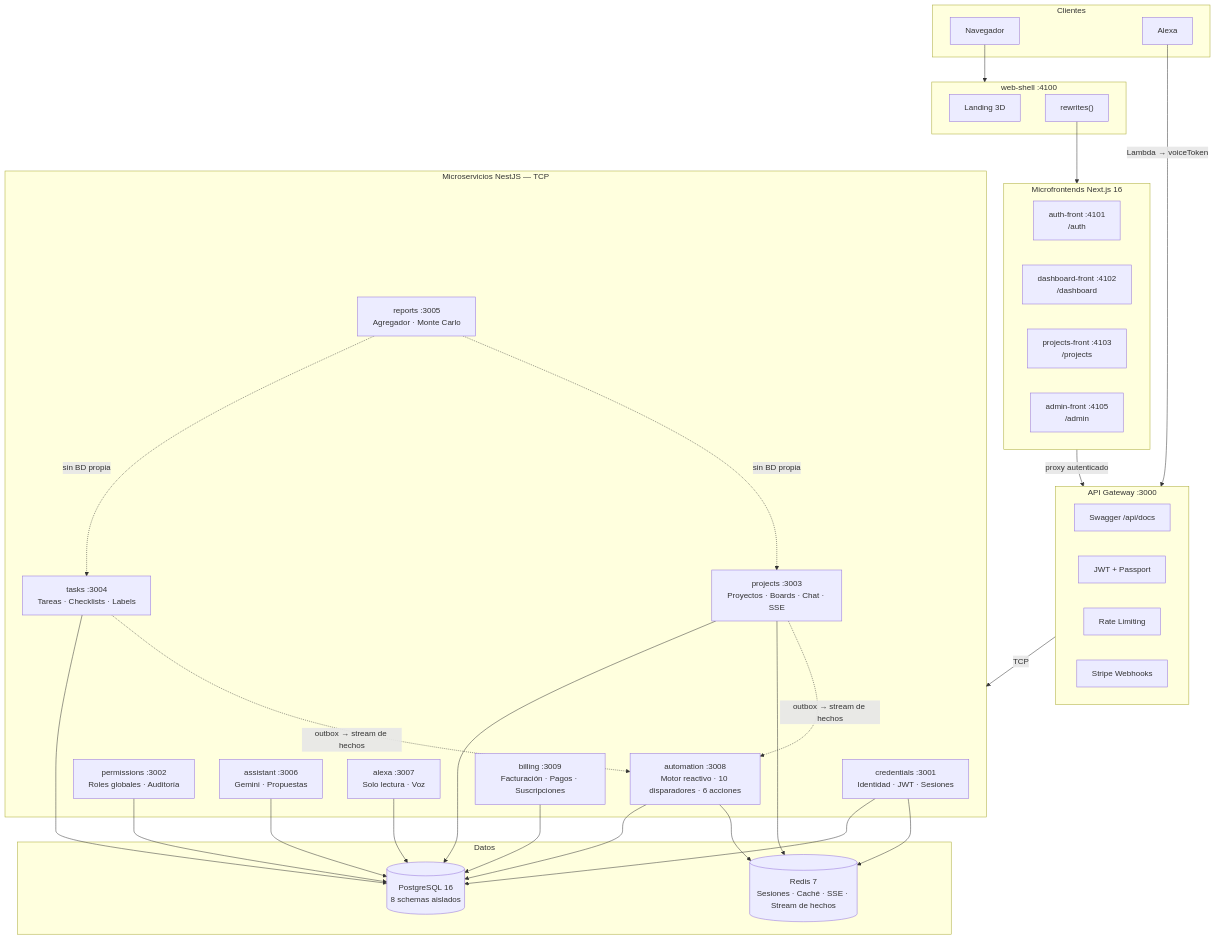
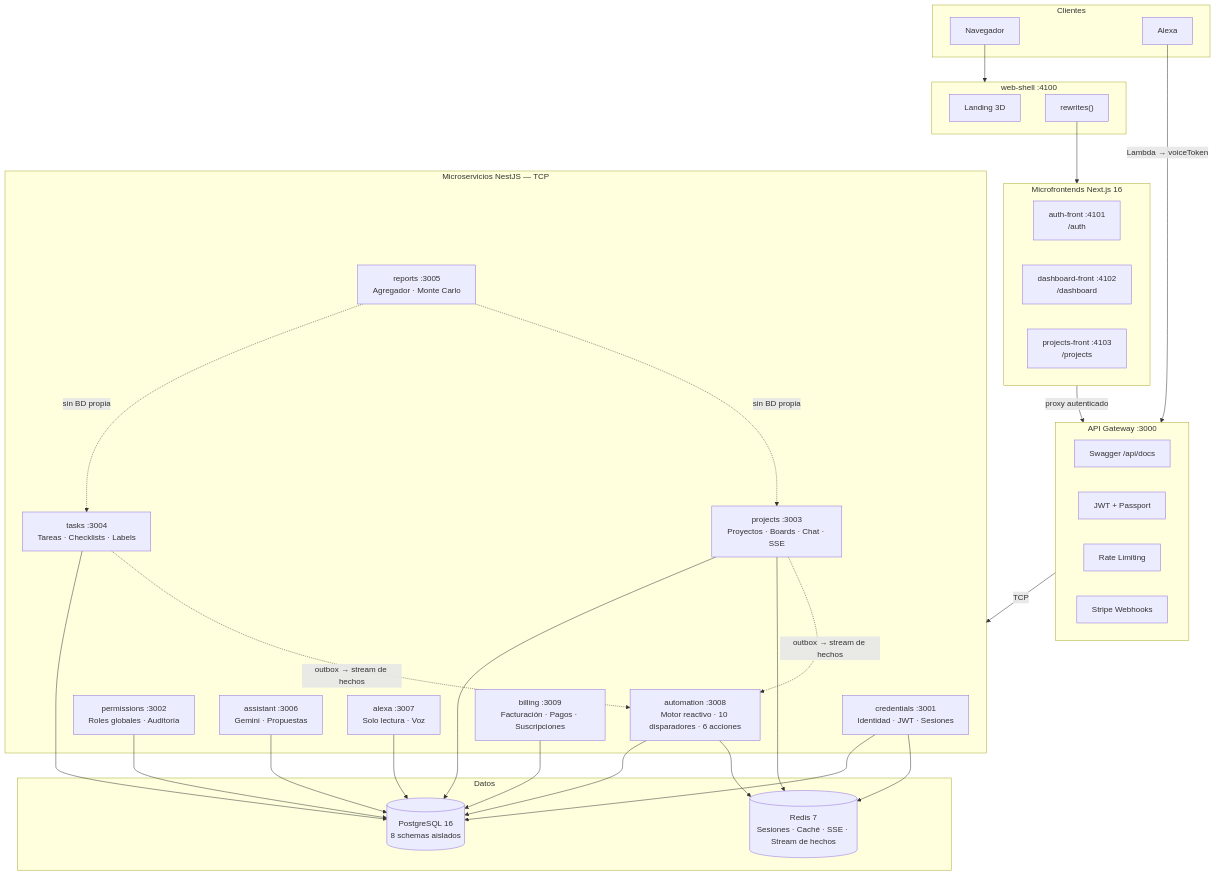
One commit to Ander-tsx/PRAXIS changed the diagram in README.md. Above: the diagram before and after it, drawn with Mermaid. The commit also changed other lines of this file and 51 other files, not shown here.

````diff
--- a/README.md
+++ b/README.md
@@ -62,53 +62,52 @@
 ```mermaid
 flowchart TB
     subgraph Clientes
         Browser["Navegador"]
         AlexaDevice["Alexa"]
     end
 
     subgraph shell["web-shell :4100"]
         Landing["Landing 3D"]
         Rewrites["rewrites()"]
     end
 
     subgraph zones["Microfrontends Next.js 16"]
         Auth["auth-front :4101\n/auth"]
         Dash["dashboard-front :4102\n/dashboard"]
         Proj["projects-front :4103\n/projects"]
-        Adm["admin-front :4105\n/admin"]
     end
 
     subgraph gw["API Gateway :3000"]
         Swagger["Swagger /api/docs"]
         JWT["JWT + Passport"]
         Throttle["Rate Limiting"]
         StripeWH["Stripe Webhooks"]
     end
 
     subgraph services["Microservicios NestJS — TCP"]
         Cred["credentials :3001\nIdentidad · JWT · Sesiones"]
         Perm["permissions :3002\nRoles globales · Auditoría"]
         ProjS["projects :3003\nProyectos · Boards · Chat · SSE"]
         Task["tasks :3004\nTareas · Checklists · Labels"]
         RepS["reports :3005\nAgregador · Monte Carlo"]
         Asst["assistant :3006\nGemini · Propuestas"]
         Alex["alexa :3007\nSolo lectura · Voz"]
         Automation["automation :3008\nMotor reactivo · 10 disparadores · 6 acciones"]
         Bill["billing :3009\nFacturación · Pagos · Suscripciones"]
     end
 
     subgraph data["Datos"]
         PG[("PostgreSQL 16\n8 schemas aislados")]
         Redis[("Redis 7\nSesiones · Caché · SSE · Stream de hechos")]
     end
 
     Browser --> shell
     Rewrites --> zones
     zones -->|proxy autenticado| gw
     AlexaDevice -->|Lambda → voiceToken| gw
     gw -->|TCP| services
     Cred & Perm & ProjS & Task & Alex & Asst & Automation & Bill --> PG
     RepS -.->|"sin BD propia"| Task & ProjS
     Cred & ProjS & Automation --> Redis
     Task & ProjS -.->|"outbox → stream de hechos"| Automation
 ```
````
